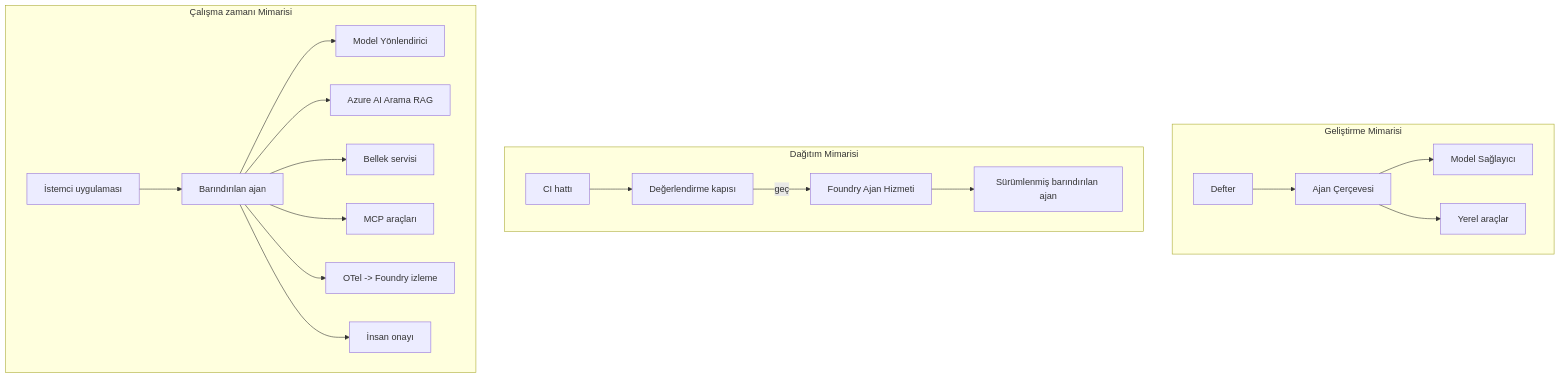
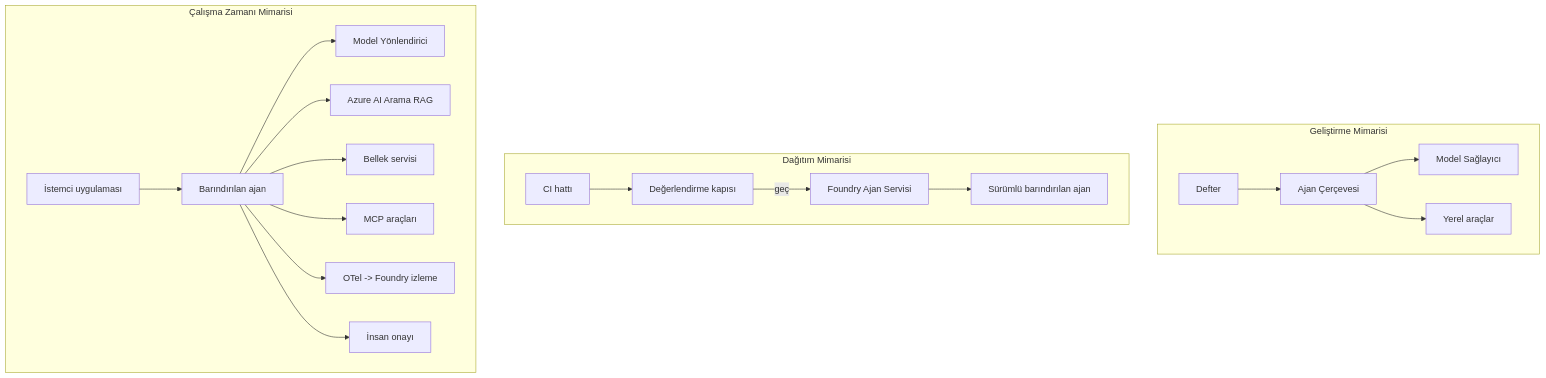
The fourth of 4 diagrams in mirrors/repos/microsoft@ai-agents-for-beginners/translations/tr/16-deploying-scalable-agents/README.md (gabrielmoreira/agent-skills-mirror), drawn with Mermaid before and after one commit. The commit also changed other lines of this file and 4262 other files, not shown here.

````diff
--- a/mirrors/repos/microsoft@ai-agents-for-beginners/translations/tr/16-deploying-scalable-agents/README.md
+++ b/mirrors/repos/microsoft@ai-agents-for-beginners/translations/tr/16-deploying-scalable-agents/README.md
@@ -185,22 +185,22 @@
 ```mermaid
 flowchart TB
     subgraph Dev[Geliştirme Mimarisi]
         D1[Defter] --> D2[Ajan Çerçevesi]
         D2 --> D3[Model Sağlayıcı]
         D2 --> D4[Yerel araçlar]
     end
     subgraph Deploy[Dağıtım Mimarisi]
         E1[CI hattı] --> E2[Değerlendirme kapısı]
-        E2 -->|geç| E3[Foundry Ajan Hizmeti]
-        E3 --> E4[Sürümlenmiş barındırılan ajan]
+        E2 -->|geç| E3[Foundry Ajan Servisi]
+        E3 --> E4[Sürümlü barındırılan ajan]
     end
-    subgraph Run[Çalışma zamanı Mimarisi]
+    subgraph Run[Çalışma Zamanı Mimarisi]
         F1[İstemci uygulaması] --> F2[Barındırılan ajan]
         F2 --> F3[Model Yönlendirici]
         F2 --> F4[Azure AI Arama RAG]
         F2 --> F5[Bellek servisi]
         F2 --> F6[MCP araçları]
         F2 --> F7[OTel -> Foundry izleme]
         F2 --> F8[İnsan onayı]
     end
 ```
````
